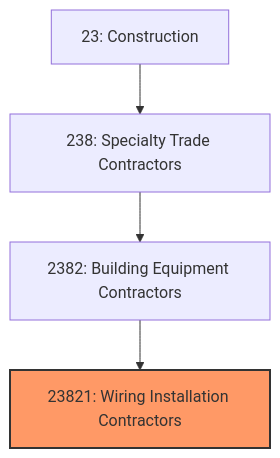
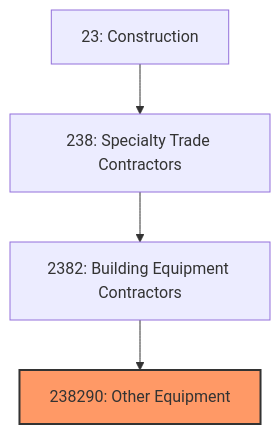
One commit to kziemski/business.org.ai changed the first of 3 diagrams in industries/Construction/SpecialtyTradeContractors/BuildingEquipmentContractors/WiringInstallationContractors.mdx. Above: the diagram before and after it, drawn with Mermaid. The commit also changed other lines of this file and 20 other files, not shown here.

````diff
--- a/industries/Construction/SpecialtyTradeContractors/BuildingEquipmentContractors/WiringInstallationContractors.mdx
+++ b/industries/Construction/SpecialtyTradeContractors/BuildingEquipmentContractors/WiringInstallationContractors.mdx
@@ -20,8 +35,8 @@
 ```mermaid
 graph TD
     S23["23: Construction"]
     S23 --> N238["238: Specialty Trade Contractors"]
     N238 --> N2382["2382: Building Equipment Contractors"]
-    N2382 --> N23821["23821: Wiring Installation Contractors"]
-    style N23821 fill:#f96,stroke:#333,stroke-width:2px
+    N2382 --> N238290["238290: Other Equipment"]
+    style N238290 fill:#f96,stroke:#333,stroke-width:2px
 ```
````
